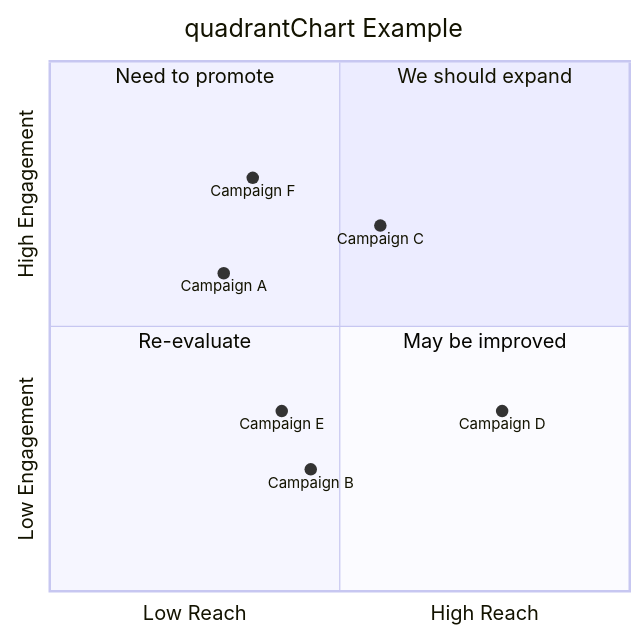
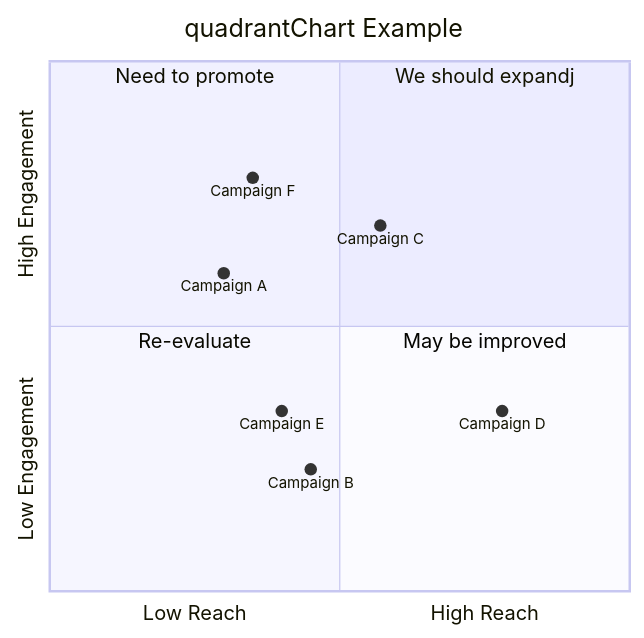
One commit to sixpigs1/Tutorials-for-Freshman changed the seventh of 8 diagrams in Markdown/Markdown拾遗.md. Above: the diagram before and after it, drawn with Mermaid. The commit also changed other lines of this file, not shown here.

Commit message:
Markdown ++

````diff
--- a/Markdown/Markdown拾遗.md
+++ b/Markdown/Markdown拾遗.md
@@ -124,16 +124,16 @@
 ```mermaid
 quadrantChart
     title quadrantChart Example
     x-axis Low Reach --> High Reach
     y-axis Low Engagement --> High Engagement
-    quadrant-1 We should expand
+    quadrant-1 We should expandj
     quadrant-2 Need to promote
     quadrant-3 Re-evaluate
     quadrant-4 May be improved
     Campaign A: [0.3, 0.6]
     Campaign B: [0.45, 0.23]
     Campaign C: [0.57, 0.69]
     Campaign D: [0.78, 0.34]
     Campaign E: [0.40, 0.34]
     Campaign F: [0.35, 0.78]
 ```
````
